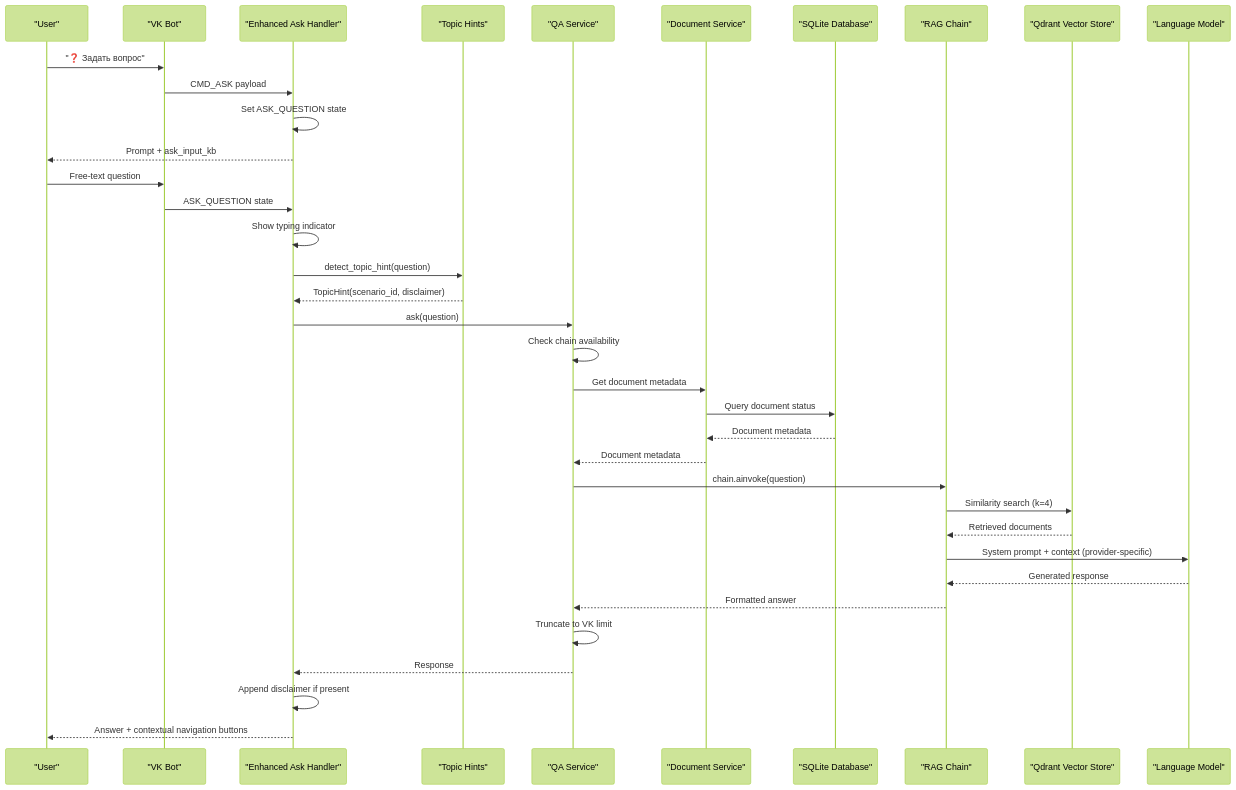
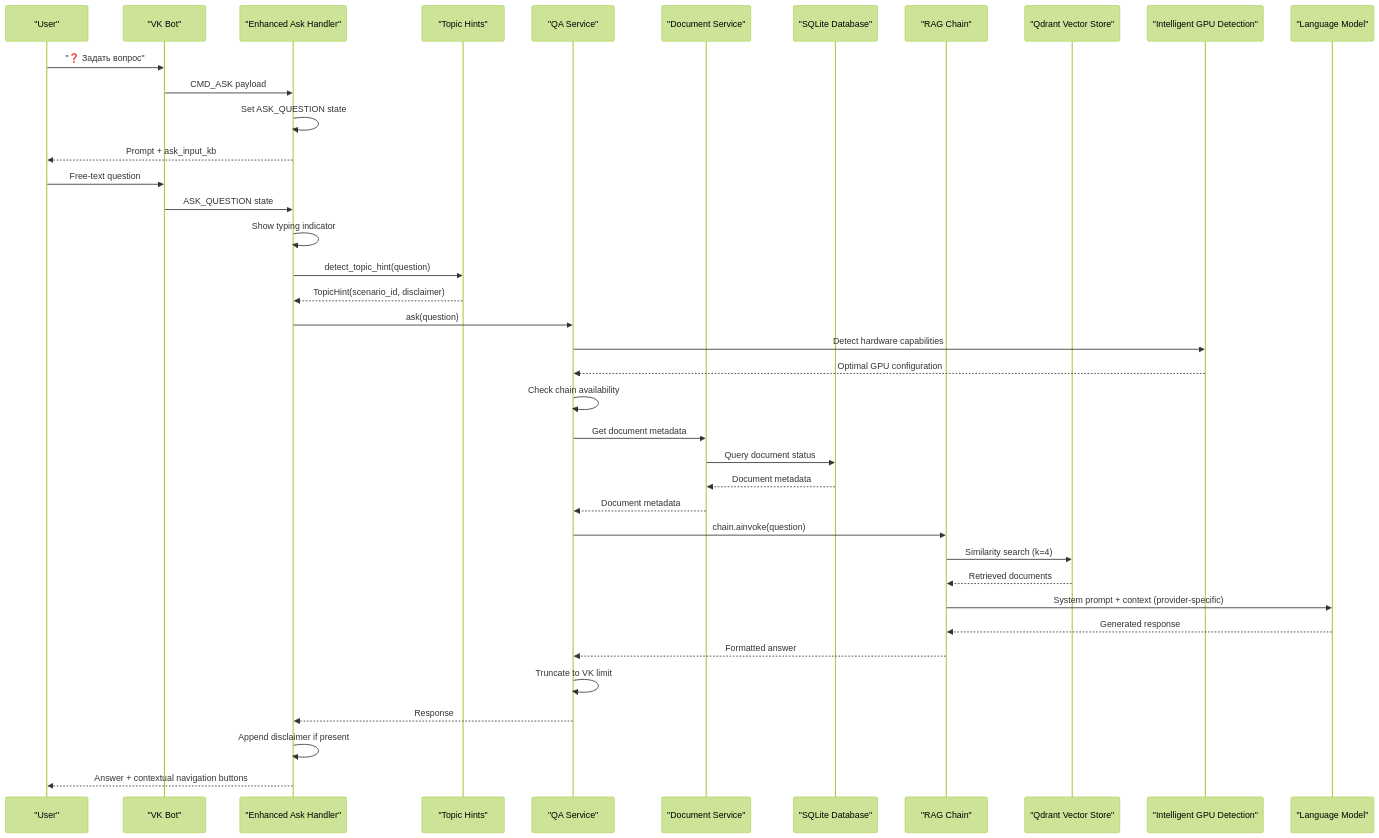
The second of 22 diagrams in .qoder/repowiki/en/content/RAG Integration/RAG Integration.md (ognelis/cafetera_hr_bot), drawn with Mermaid (forest theme) before and after one commit. The commit also changed other lines of this file and 16 other files, not shown here.

````diff
--- a/.qoder/repowiki/en/content/RAG Integration/RAG Integration.md
+++ b/.qoder/repowiki/en/content/RAG Integration/RAG Integration.md
@@ -266,38 +272,41 @@
 ```mermaid
 sequenceDiagram
 participant User as "User"
 participant VKBot as "VK Bot"
 participant AskHandler as "Enhanced Ask Handler"
 participant TopicHints as "Topic Hints"
 participant QAService as "QA Service"
 participant DocumentService as "Document Service"
 participant SQLite as "SQLite Database"
 participant RAGChain as "RAG Chain"
 participant Qdrant as "Qdrant Vector Store"
+participant GPUDetection as "Intelligent GPU Detection"
 participant LLM as "Language Model"
 User->>VKBot : "❓ Задать вопрос"
 VKBot->>AskHandler : CMD_ASK payload
 AskHandler->>AskHandler : Set ASK_QUESTION state
 AskHandler-->>User : Prompt + ask_input_kb
 User->>VKBot : Free-text question
 VKBot->>AskHandler : ASK_QUESTION state
 AskHandler->>AskHandler : Show typing indicator
 AskHandler->>TopicHints : detect_topic_hint(question)
 TopicHints-->>AskHandler : TopicHint(scenario_id, disclaimer)
 AskHandler->>QAService : ask(question)
+QAService->>GPUDetection : Detect hardware capabilities
+GPUDetection-->>QAService : Optimal GPU configuration
 QAService->>QAService : Check chain availability
 QAService->>DocumentService : Get document metadata
 DocumentService->>SQLite : Query document status
 SQLite-->>DocumentService : Document metadata
 DocumentService-->>QAService : Document metadata
 QAService->>RAGChain : chain.ainvoke(question)
 RAGChain->>Qdrant : Similarity search (k=4)
 Qdrant-->>RAGChain : Retrieved documents
 RAGChain->>LLM : System prompt + context (provider-specific)
 LLM-->>RAGChain : Generated response
 RAGChain-->>QAService : Formatted answer
 QAService->>QAService : Truncate to VK limit
 QAService-->>AskHandler : Response
 AskHandler->>AskHandler : Append disclaimer if present
 AskHandler-->>User : Answer + contextual navigation buttons
 ```
````
